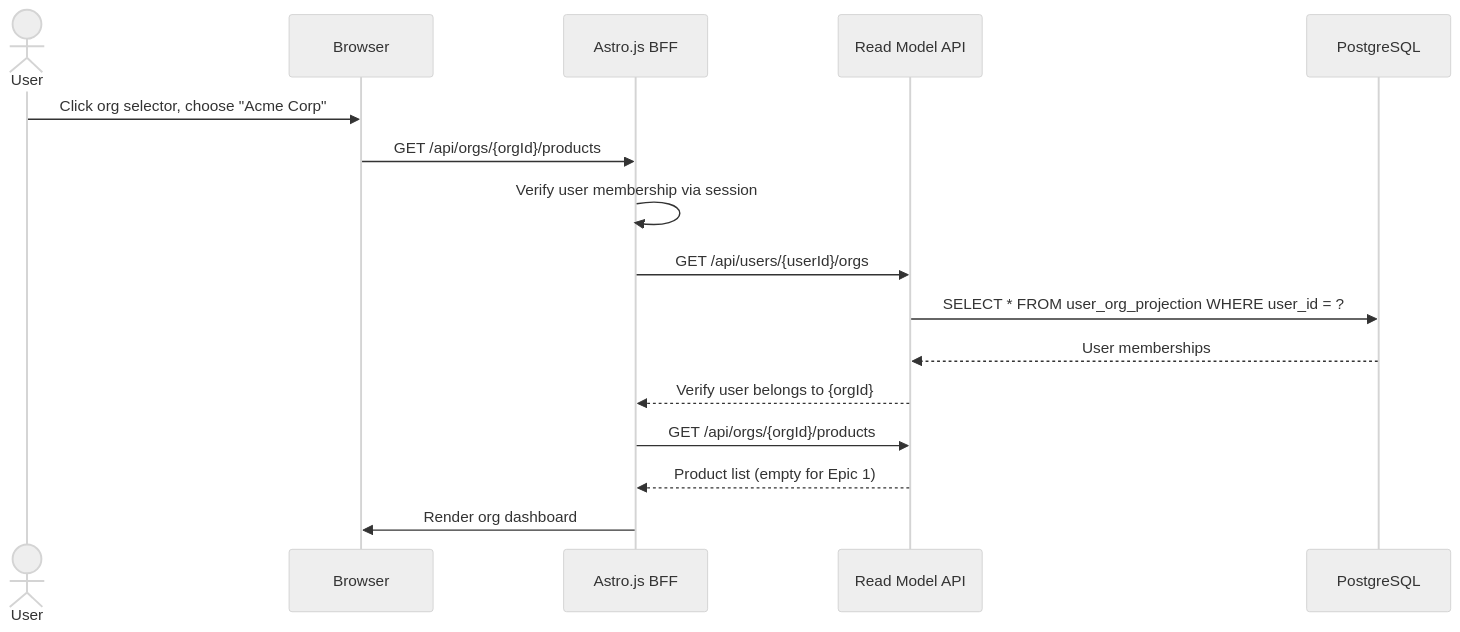
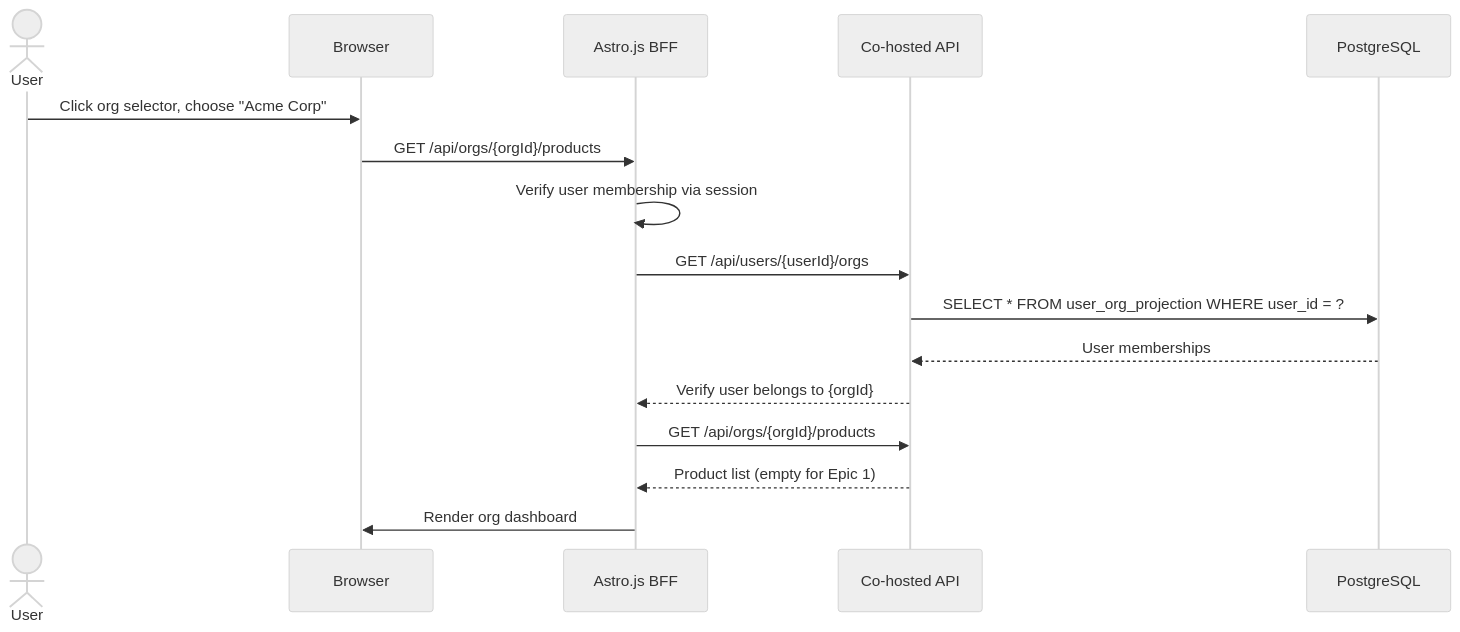
One commit to lekhasy/Vut changed diagram 14 of 19 in epics/01-epic-first-signin-org/architecture/architecture.md. Above: the diagram before and after it, drawn with Mermaid (neutral theme). The commit also changed other lines of this file and 32 other files, not shown here.

````diff
--- a/epics/01-epic-first-signin-org/architecture/architecture.md
+++ b/epics/01-epic-first-signin-org/architecture/architecture.md
@@ -990,19 +1099,19 @@
 ```mermaid
 sequenceDiagram
     actor User
     participant Browser
     participant BFF as Astro.js BFF
-    participant RM as Read Model API
+    participant API as Co-hosted API
     participant PG as PostgreSQL
 
     User->>Browser: Click org selector, choose "Acme Corp"
     Browser->>BFF: GET /api/orgs/{orgId}/products
     BFF->>BFF: Verify user membership via session
-    BFF->>RM: GET /api/users/{userId}/orgs
-    RM->>PG: SELECT * FROM user_org_projection WHERE user_id = ?
-    PG-->>RM: User memberships
-    RM-->>BFF: Verify user belongs to {orgId}
-    BFF->>RM: GET /api/orgs/{orgId}/products
-    RM-->>BFF: Product list (empty for Epic 1)
+    BFF->>API: GET /api/users/{userId}/orgs
+    API->>PG: SELECT * FROM user_org_projection WHERE user_id = ?
+    PG-->>API: User memberships
+    API-->>BFF: Verify user belongs to {orgId}
+    BFF->>API: GET /api/orgs/{orgId}/products
+    API-->>BFF: Product list (empty for Epic 1)
     BFF->>Browser: Render org dashboard
 ```
````
